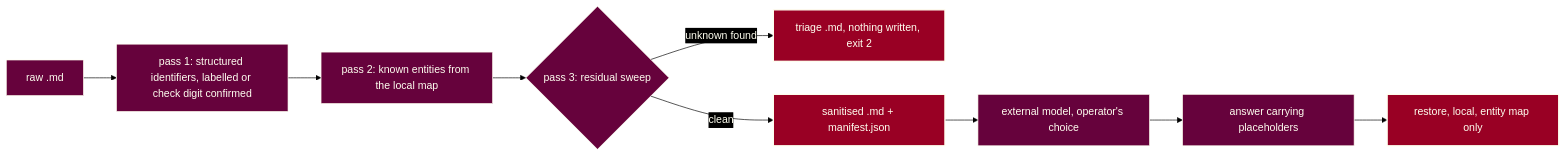
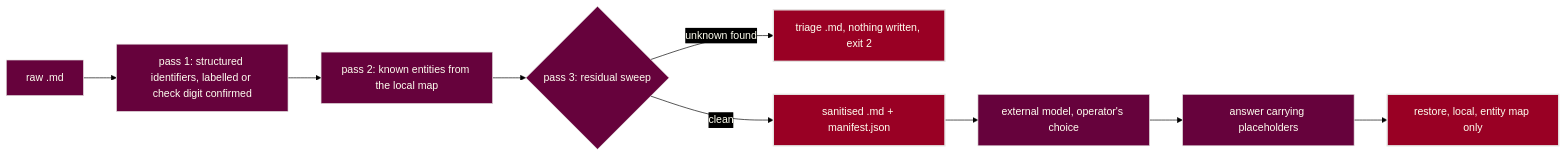
The diagram in packages/evatt/DATA-FLOW.md (ryanduguid/accounting-review-pipeline), drawn with Mermaid before and after one commit. The commit also changed 4 other files, not shown here.

First line of the commit message:
Draw Mermaid borders and lines in platinum

````diff
--- a/packages/evatt/DATA-FLOW.md
+++ b/packages/evatt/DATA-FLOW.md
@@ -20,15 +20,15 @@
 ```mermaid
 flowchart LR
-%%{init: {"theme": "base", "look": "classic", "themeVariables": {"background": "#000000", "primaryColor": "#66023C", "primaryTextColor": "#FFFFF0", "primaryBorderColor": "#FFFFF0", "lineColor": "#000000", "textColor": "#FFFFF0", "edgeLabelBackground": "#000000", "clusterBkg": "#000000", "clusterBorder": "#FFFFF0", "titleColor": "#FFFFF0"}, "themeCSS": ".flowchart-link, .relationshipLine, marker path { filter: drop-shadow(0px 1px 0px #FFFFF0) drop-shadow(0px -1px 0px #FFFFF0) drop-shadow(1px 0px 0px #FFFFF0) drop-shadow(-1px 0px 0px #FFFFF0); }"}}%%
+%%{init: {"theme": "base", "look": "classic", "themeVariables": {"background": "#000000", "primaryColor": "#66023C", "primaryTextColor": "#FFFFF0", "primaryBorderColor": "#E5E4E2", "lineColor": "#000000", "textColor": "#FFFFF0", "edgeLabelBackground": "#000000", "clusterBkg": "#000000", "clusterBorder": "#E5E4E2", "titleColor": "#FFFFF0"}, "themeCSS": ".flowchart-link, .relationshipLine, marker path { filter: drop-shadow(0px 1px 0px #E5E4E2) drop-shadow(0px -1px 0px #E5E4E2) drop-shadow(1px 0px 0px #E5E4E2) drop-shadow(-1px 0px 0px #E5E4E2); }"}}%%
     Raw["raw .md"] --> Structured["pass 1: structured identifiers, labelled or check digit confirmed"]
     Structured --> Entities["pass 2: known entities from the local map"]
     Entities --> Residual{"pass 3: residual sweep"}
     Residual -->|unknown found| Halt["triage .md, nothing written, exit 2"]
     Residual -->|clean| Out["sanitised .md + manifest.json"]
     Out --> Model["external model, operator's choice"]
     Model --> Answer["answer carrying placeholders"]
     Answer --> Restore["restore, local, entity map only"]
-    style Halt fill:#990024,stroke:#FFFFF0,stroke-width:2px,color:#FFFFF0
-    style Out fill:#990024,stroke:#FFFFF0,stroke-width:2px,color:#FFFFF0
-    style Restore fill:#990024,stroke:#FFFFF0,stroke-width:2px,color:#FFFFF0
+    style Halt fill:#990024,stroke:#E5E4E2,stroke-width:2px,color:#FFFFF0
+    style Out fill:#990024,stroke:#E5E4E2,stroke-width:2px,color:#FFFFF0
+    style Restore fill:#990024,stroke:#E5E4E2,stroke-width:2px,color:#FFFFF0
 ```
````
